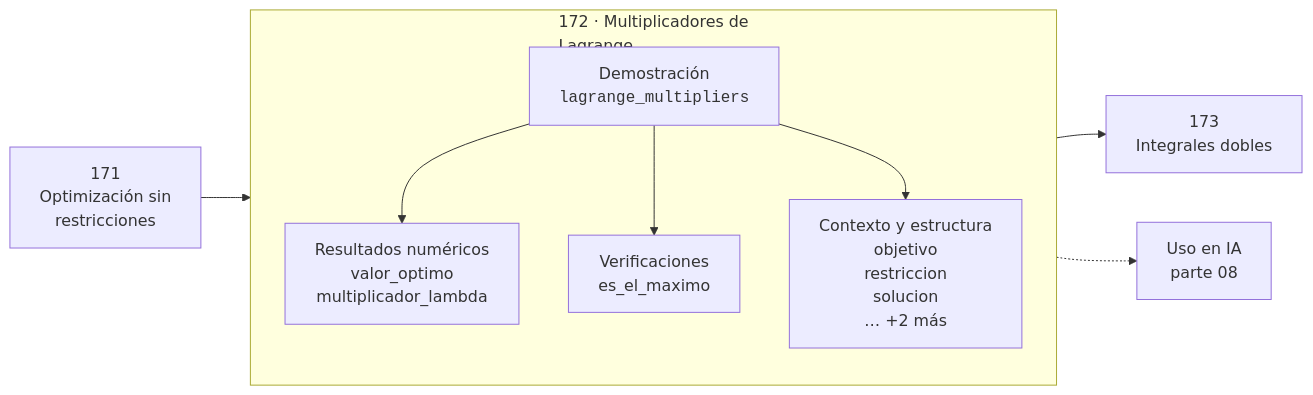
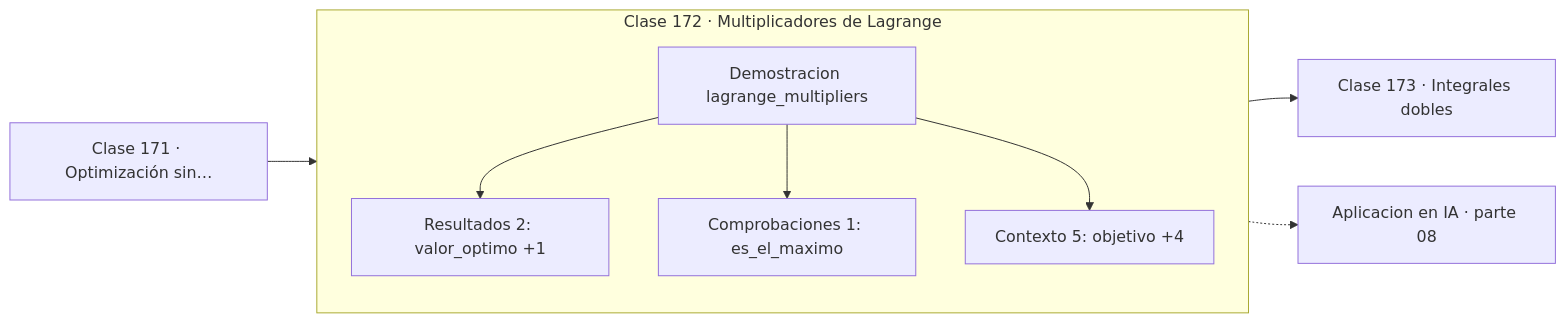
Before and after one commit to vladimiracunadev-create/computational-mathematics-program: the diagram in classes/part-08-calculo-multivariable-matricial-y-autodiferenciacion/172-multiplicadores-de-lagrange/README.md, drawn with Mermaid. The commit also changed 389 other files, not shown here.

First line of the commit message:
fix(diagramas): elimina el HTML de las etiquetas Mermaid

````diff
--- a/classes/part-08-calculo-multivariable-matricial-y-autodiferenciacion/172-multiplicadores-de-lagrange/README.md
+++ b/classes/part-08-calculo-multivariable-matricial-y-autodiferenciacion/172-multiplicadores-de-lagrange/README.md
@@ -30,12 +30,13 @@
 ```mermaid
 flowchart LR
-    P["171<br/>Optimización sin<br/>restricciones"] --> C
-    subgraph C["172 · Multiplicadores de<br/>Lagrange"]
+    P["Clase 171 · Optimización sin…"] --> D
+    subgraph CLASE["Clase 172 · Multiplicadores de Lagrange"]
         direction TB
-        D["Demostración<br/><code>lagrange_multipliers</code>"] --> R["Resultados numéricos<br/>valor_optimo<br/>multiplicador_lambda"]
-        D --> V["Verificaciones<br/>es_el_maximo"]
-        D --> O["Contexto y estructura<br/>objetivo<br/>restriccion<br/>solucion<br/>… +2 más"]
+        D["Demostracion lagrange_multipliers"]
+        D --> R["Resultados 2: valor_optimo +1"]
+        D --> V["Comprobaciones 1: es_el_maximo"]
+        D --> O["Contexto 5: objetivo +4"]
     end
-    C --> N["173<br/>Integrales dobles"]
-    C -.-> IA["Uso en IA<br/>parte 08"]
+    R --> N["Clase 173 · Integrales dobles"]
+    V -.-> IA["Aplicacion en IA · parte 08"]
 ```
````
